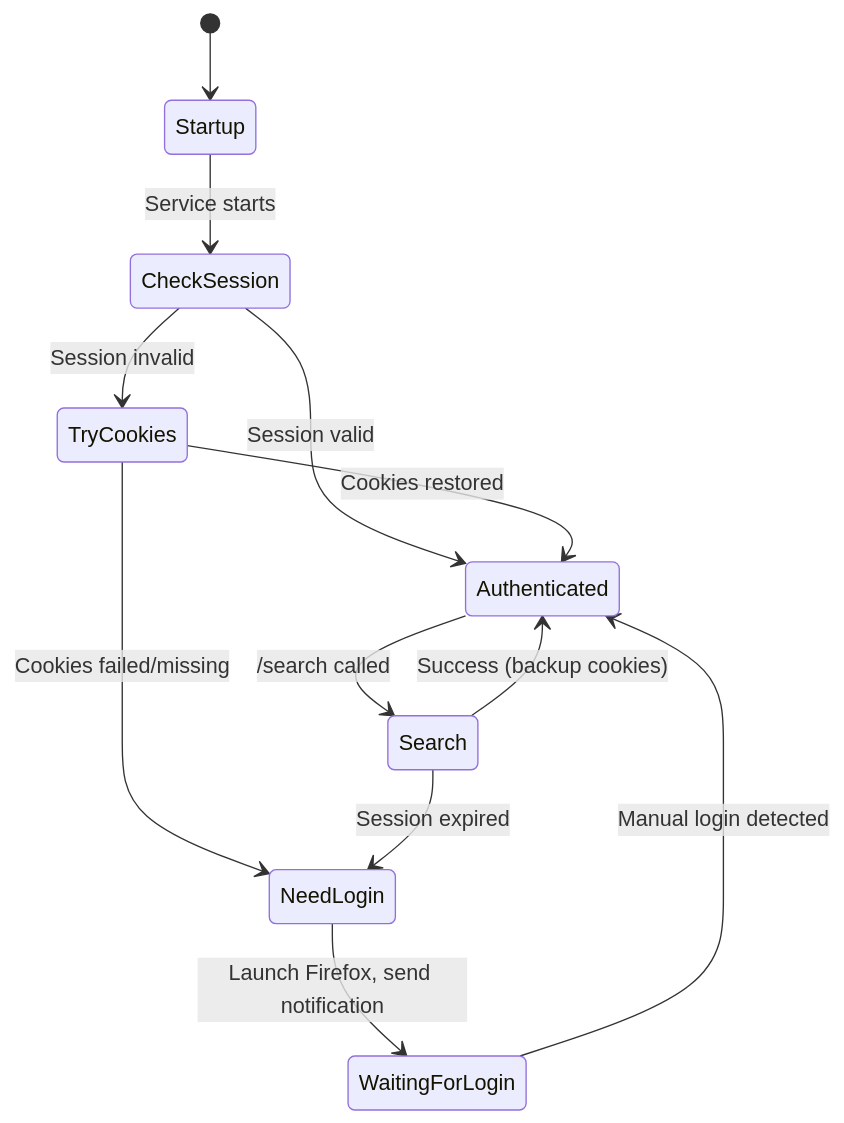
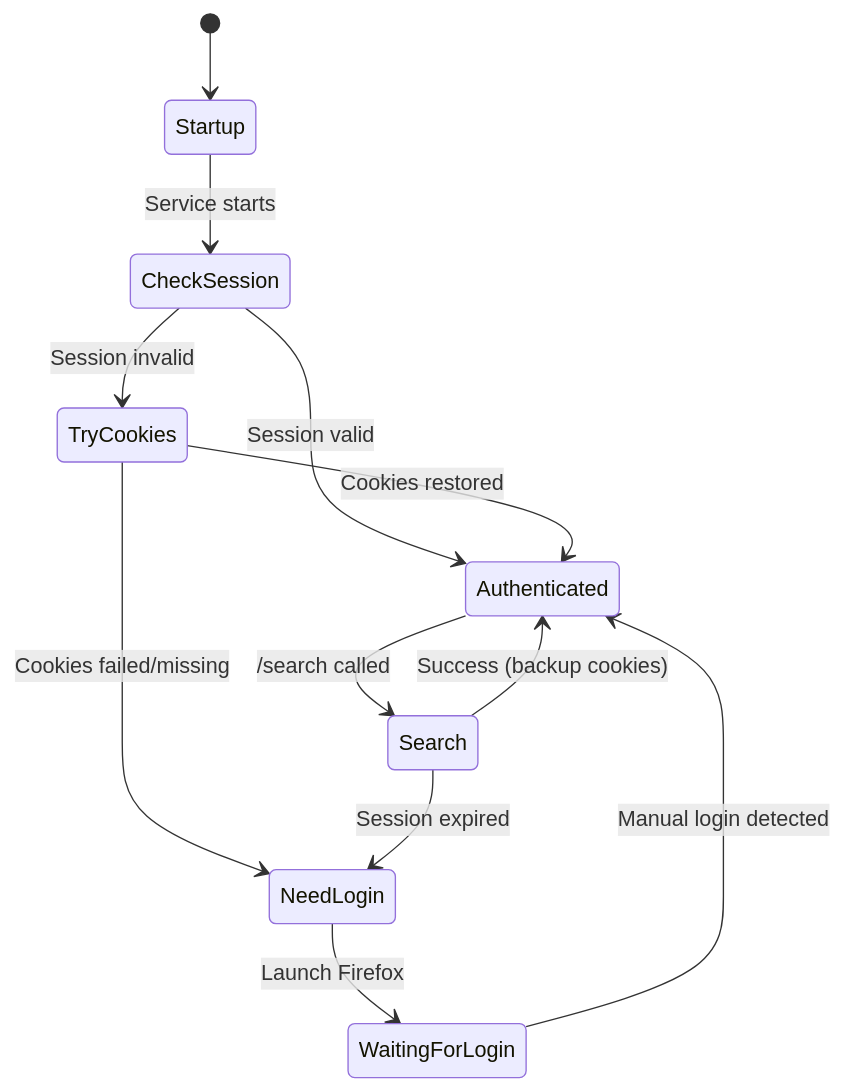
The diagram in TWITTER_AUTH.md (vedantadhobley/found-footy), drawn with Mermaid before and after one commit. The commit also changed other lines of this file and 19 other files, not shown here.

````diff
--- a/TWITTER_AUTH.md
+++ b/TWITTER_AUTH.md
@@ -182,14 +242,14 @@
 ```mermaid
 stateDiagram-v2
     [*] --> Startup
     Startup --> CheckSession: Service starts
     CheckSession --> Authenticated: Session valid
     CheckSession --> TryCookies: Session invalid
     TryCookies --> Authenticated: Cookies restored
     TryCookies --> NeedLogin: Cookies failed/missing
-    NeedLogin --> WaitingForLogin: Launch Firefox, send notification
+    NeedLogin --> WaitingForLogin: Launch Firefox
     WaitingForLogin --> Authenticated: Manual login detected
     Authenticated --> Search: /search called
     Search --> Authenticated: Success (backup cookies)
     Search --> NeedLogin: Session expired
 ```
````
